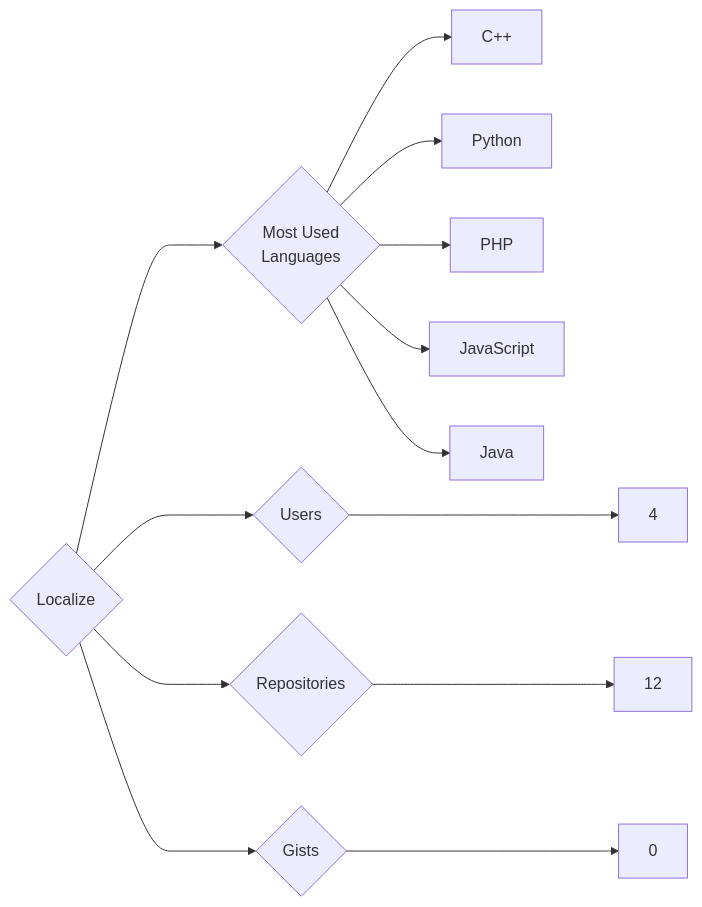
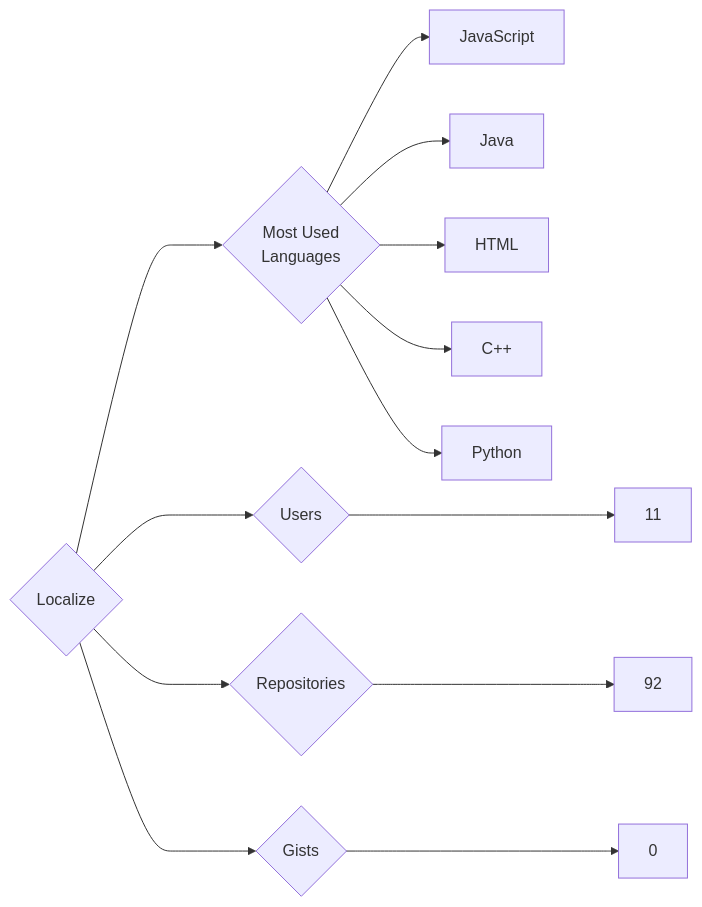
Before and after one commit to trickest/insiders: the diagram in targets/Localize/README.md, drawn with Mermaid. The commit also changed 934 other files, not shown here.

````diff
--- a/targets/Localize/README.md
+++ b/targets/Localize/README.md
@@ -3,13 +3,13 @@
 ```mermaid
 graph LR
 COMPANY_NAME{Localize}
-COMPANY_NAME ---> U{Users} ---> UN[4]
-COMPANY_NAME ---> R{Repositories} ---> RN[12]
+COMPANY_NAME ---> U{Users} ---> UN[11]
+COMPANY_NAME ---> R{Repositories} ---> RN[92]
 COMPANY_NAME ---> G{Gists} ---> GN[0]
 COMPANY_NAME ---> ML{Most Used<br>Languages}
+ML --> JavaScript[JavaScript]
+ML --> Java[Java]
+ML --> HTML[HTML]
 ML --> C++[C++]
 ML --> Python[Python]
-ML --> PHP[PHP]
-ML --> JavaScript[JavaScript]
-ML --> Java[Java]
 ```
````
